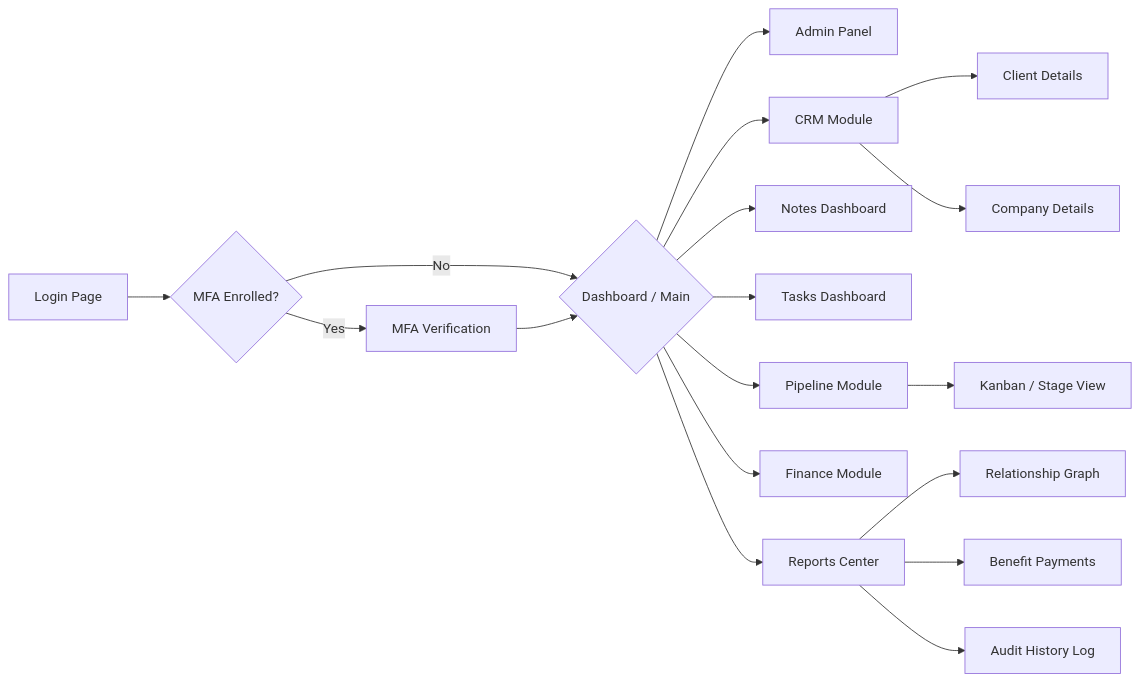
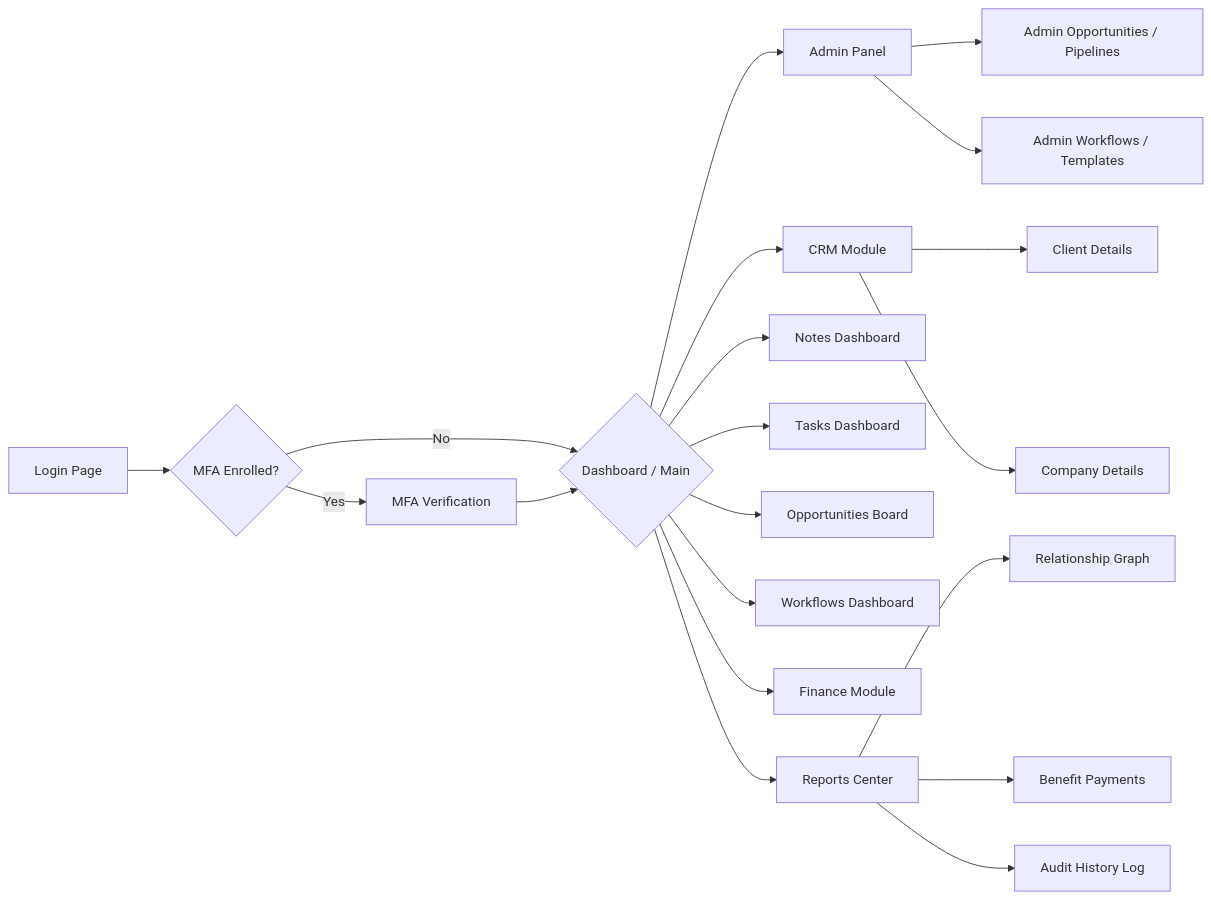
The diagram in docs/features.md (bereanadvisorgroup/prestige-box), drawn with Mermaid before and after one commit. The commit also changed other lines of this file and 4 other files, not shown here.

Commit message:
docs: align documentation and routes with recent workflows and opportunities updates

````diff
--- a/docs/features.md
+++ b/docs/features.md
@@ -5,21 +5,23 @@
 ```mermaid
 flowchart LR
     Login[Login Page] --> MFA{MFA Enrolled?}
     MFA -->|Yes| MFAVerify[MFA Verification]
     MFA -->|No| Dashboard{Dashboard / Main}
     MFAVerify --> Dashboard
     Dashboard --> Admin[Admin Panel]
     Dashboard --> CRM[CRM Module]
     Dashboard --> Notes[Notes Dashboard]
     Dashboard --> Tasks[Tasks Dashboard]
-    Dashboard --> Pipeline[Pipeline Module]
+    Dashboard --> Opportunities[Opportunities Board]
+    Dashboard --> Workflows[Workflows Dashboard]
     Dashboard --> Finance[Finance Module]
     Dashboard --> Reports[Reports Center]
     
     CRM --> ClientProfile[Client Details]
     CRM --> CompanyProfile[Company Details]
-    Pipeline --> StageView[Kanban / Stage View]
+    Admin --> AdminOpps[Admin Opportunities / Pipelines]
+    Admin --> AdminWorkflows[Admin Workflows / Templates]
     Reports --> RelGraph[Relationship Graph]
     Reports --> BenPayment[Benefit Payments]
     Reports --> AudHistory[Audit History Log]
 ```
````
